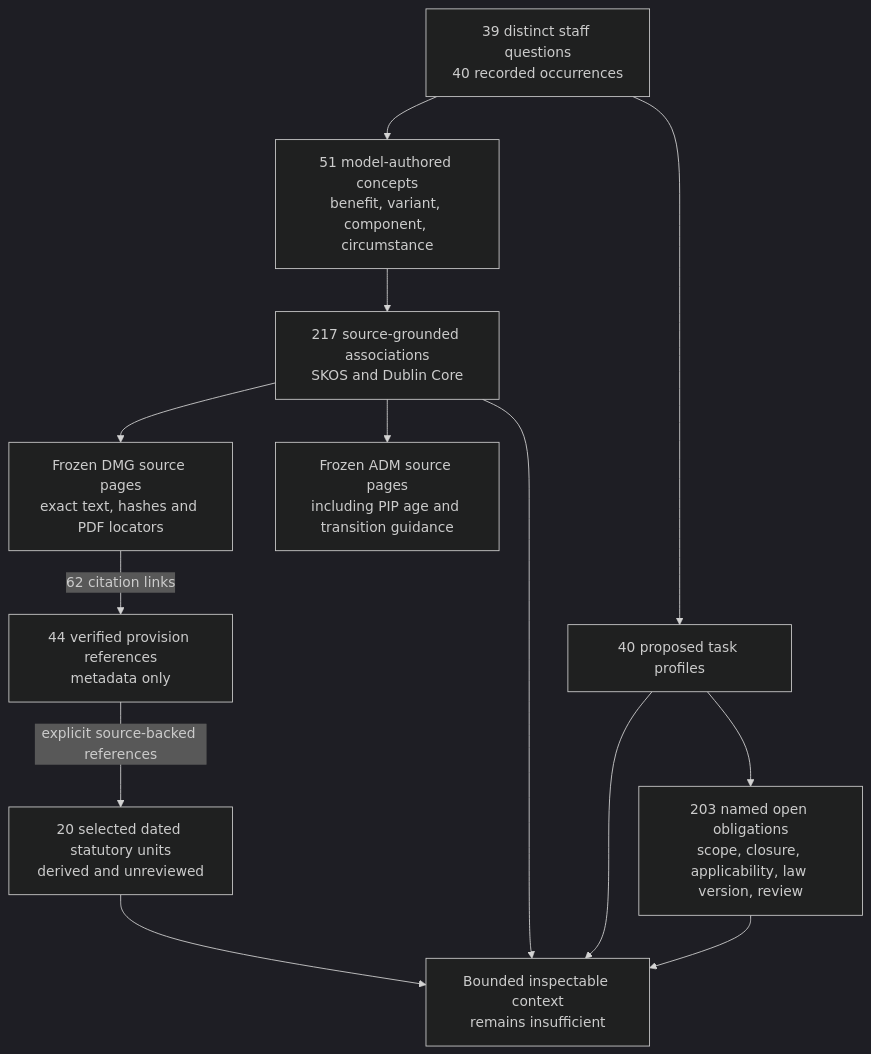
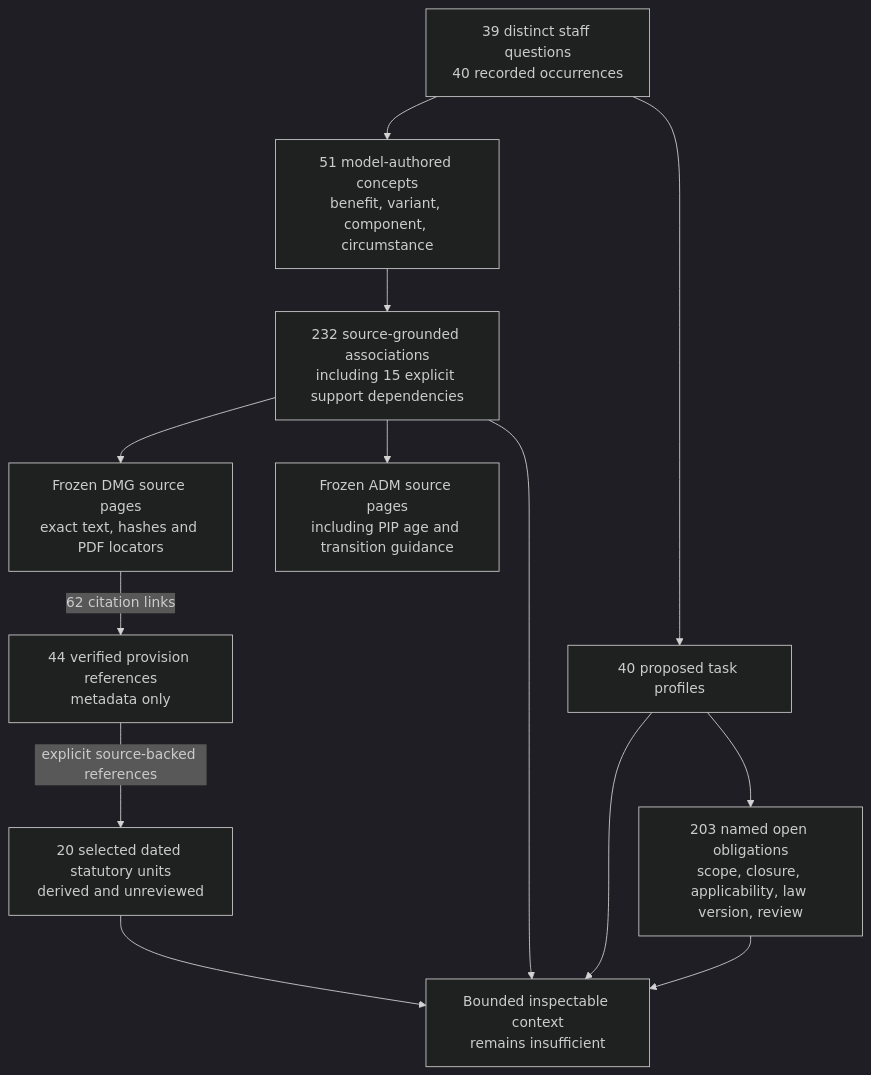
The diagram in docs/semantic-expansion.md (chris-page-gov/okf-dwp), drawn with Mermaid (dark theme) before and after one commit. The commit also changed other lines of this file and 490 other files, not shown here.

```diff
--- a/docs/semantic-expansion.md
+++ b/docs/semantic-expansion.md
@@ -92,25 +102,25 @@
 ~~~mermaid
 flowchart TD
     Staff["39 distinct staff questions<br/>40 recorded occurrences"]
     Concepts["51 model-authored concepts<br/>benefit, variant, component, circumstance"]
     Profiles["40 proposed task profiles"]
-    Relations["217 source-grounded associations<br/>SKOS and Dublin Core"]
+    Relations["232 source-grounded associations<br/>including 15 explicit support dependencies"]
     DMG["Frozen DMG source pages<br/>exact text, hashes and PDF locators"]
     ADM["Frozen ADM source pages<br/>including PIP age and transition guidance"]
     Legal["44 verified provision references<br/>metadata only"]
     Bodies["20 selected dated statutory units<br/>derived and unreviewed"]
     Open["203 named open obligations<br/>scope, closure, applicability, law version, review"]
     Package["Bounded inspectable context<br/>remains insufficient"]
     Staff --> Concepts
     Staff --> Profiles
     Concepts --> Relations
     Relations --> DMG
     Relations --> ADM
     DMG -->|"62 citation links"| Legal
     Legal -->|"explicit source-backed references"| Bodies
     Bodies --> Package
     Profiles --> Open
     Relations --> Package
     Profiles --> Package
     Open --> Package
 ~~~
```
